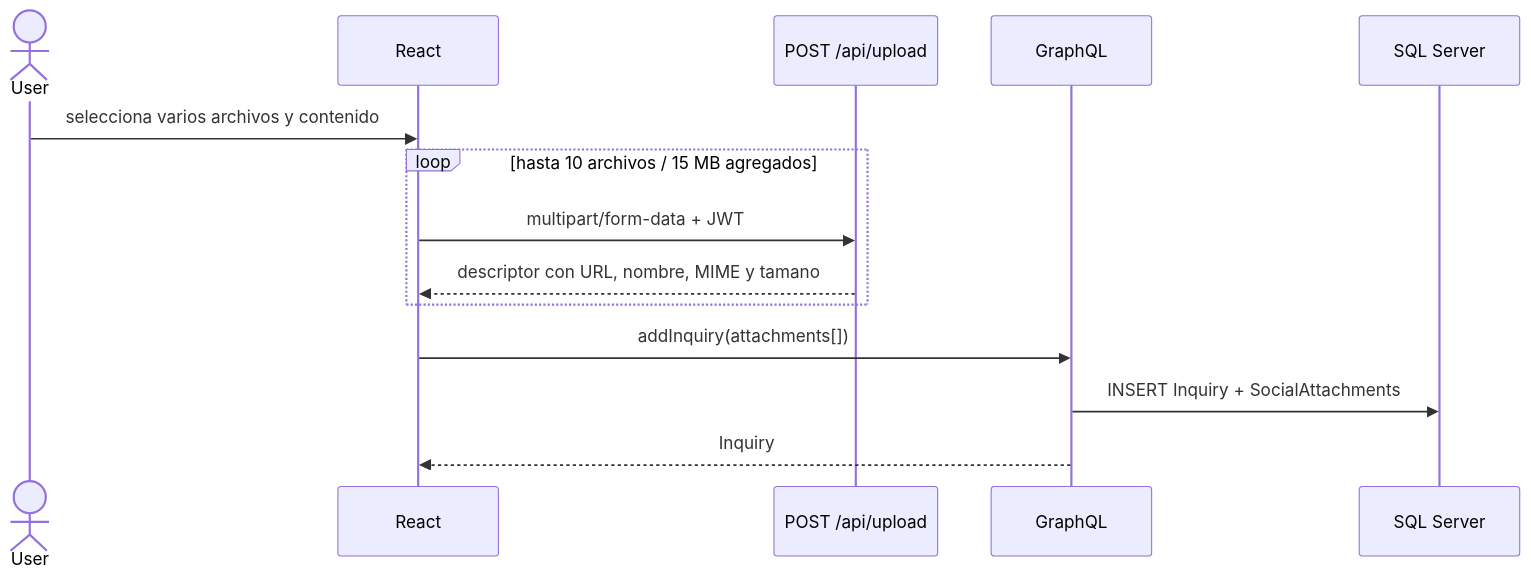
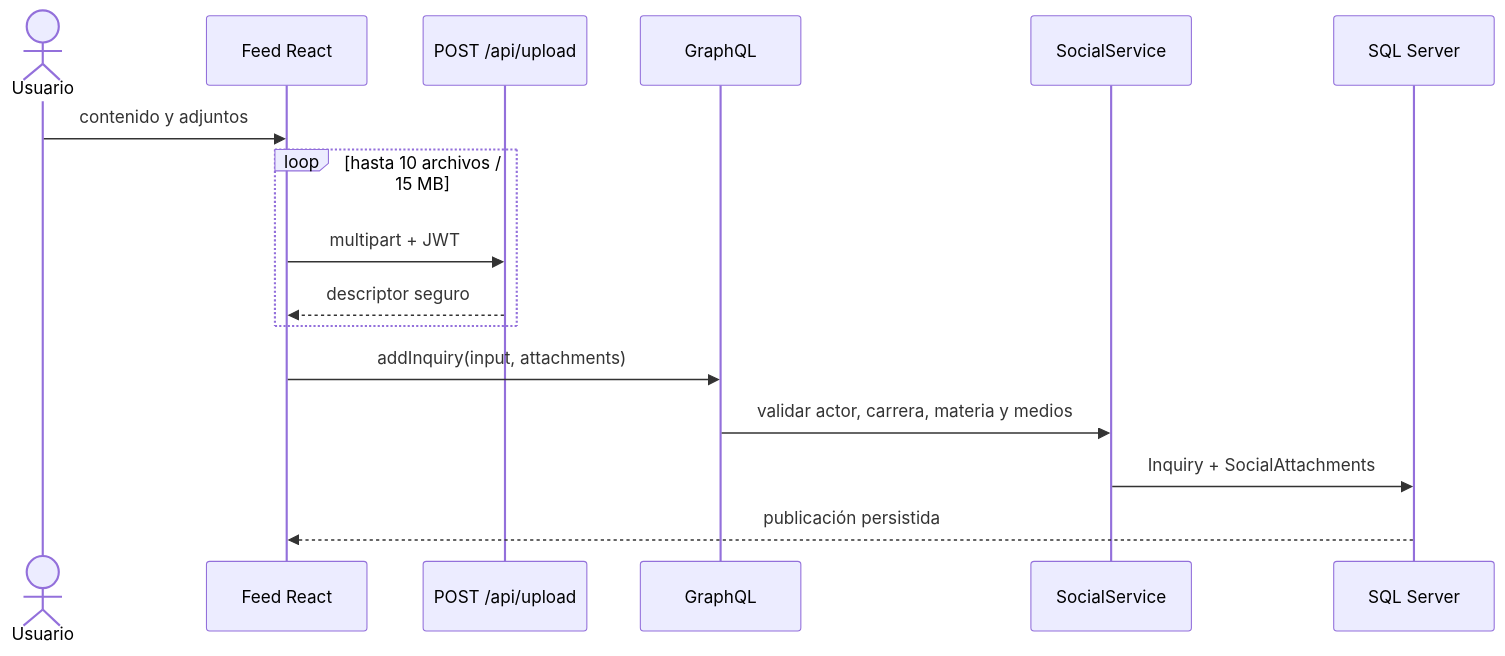
The fifth of 7 diagrams in docs/project_docs/architecture-and-design.md (fagdiaz/OneITB), drawn with Mermaid before and after one commit. The commit also changed other lines of this file and 58 other files, not shown here.

````diff
--- a/docs/project_docs/architecture-and-design.md
+++ b/docs/project_docs/architecture-and-design.md
@@ -160,16 +401,18 @@
 ```mermaid
 sequenceDiagram
-    actor User
-    participant FE as React
+    actor User as Usuario
+    participant FE as Feed React
     participant Upload as POST /api/upload
     participant GQL as GraphQL
+    participant Social as SocialService
     participant DB as SQL Server
-    User->>FE: selecciona varios archivos y contenido
-    loop hasta 10 archivos / 15 MB agregados
-        FE->>Upload: multipart/form-data + JWT
-        Upload-->>FE: descriptor con URL, nombre, MIME y tamano
+    User->>FE: contenido y adjuntos
+    loop hasta 10 archivos / 15 MB
+        FE->>Upload: multipart + JWT
+        Upload-->>FE: descriptor seguro
     end
-    FE->>GQL: addInquiry(attachments[])
-    GQL->>DB: INSERT Inquiry + SocialAttachments
-    GQL-->>FE: Inquiry
+    FE->>GQL: addInquiry(input, attachments)
+    GQL->>Social: validar actor, carrera, materia y medios
+    Social->>DB: Inquiry + SocialAttachments
+    DB-->>FE: publicación persistida
 ```
````
